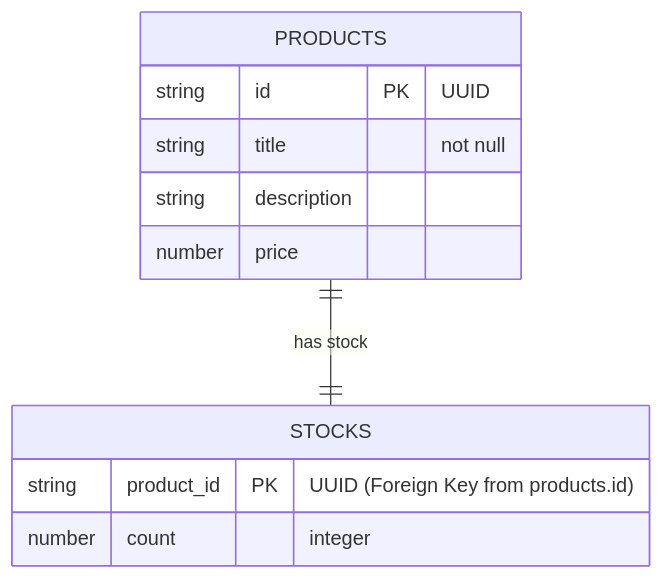
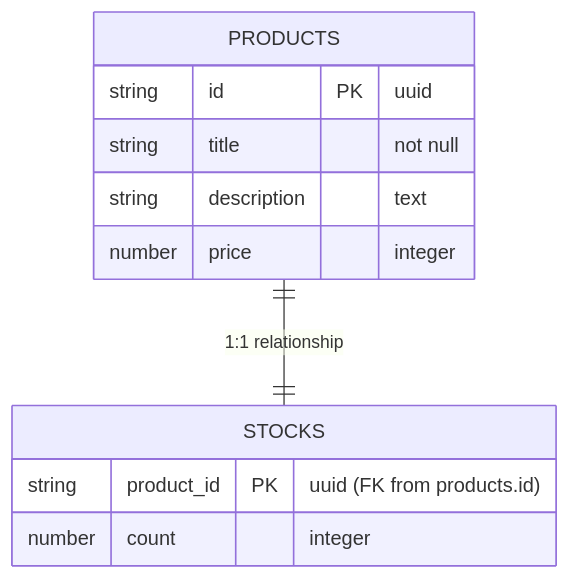
Before and after one commit to AlanKowalzky/nodejs-aws-shop-backend: the diagram in doc/task4/setup.md, drawn with Mermaid. The commit also changed other lines of this file and 16 other files, not shown here.

````diff
--- a/doc/task4/setup.md
+++ b/doc/task4/setup.md
@@ -9,14 +7,14 @@
 ```mermaid
 erDiagram
-    PRODUCTS ||--|| STOCKS : "has stock"
+    PRODUCTS ||--|| STOCKS : "1:1 relationship"
     PRODUCTS {
-        string id PK "UUID"
+        string id PK "uuid"
         string title "not null"
-        string description
-        number price
+        string description "text"
+        number price "integer"
     }
     STOCKS {
-        string product_id PK "UUID (Foreign Key from products.id)"
+        string product_id PK "uuid (FK from products.id)"
         number count "integer"
     }
 ```
````
